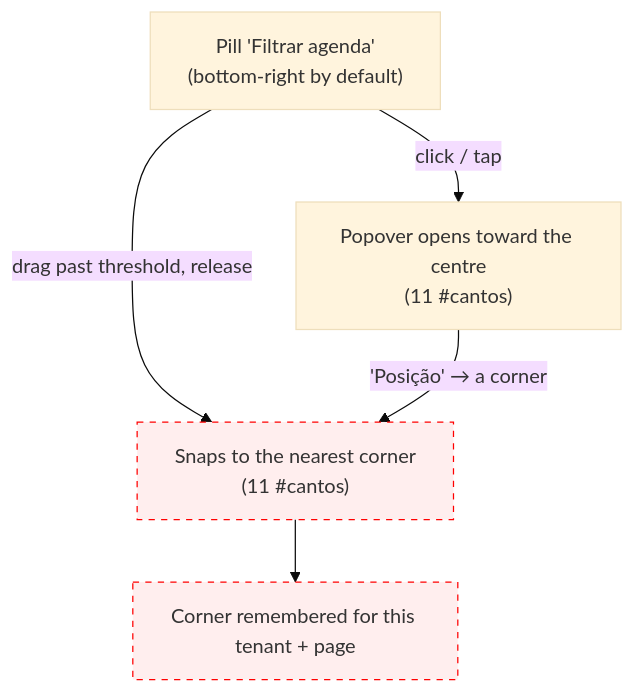
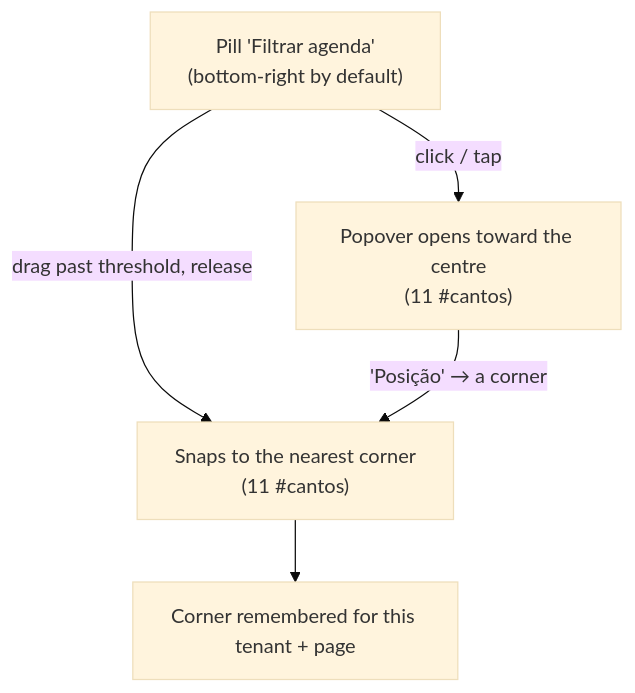
The sixth of 6 diagrams in plan/journey/staff/agenda.md (lmmoreira/ikaro), drawn with Mermaid (base theme) before and after one commit. The commit also changed other lines of this file and 32 other files, not shown here.

First line of the commit message:
feat(booking): movable floating filter dock with per-tenant, per-page corner (M23-S50) (#616)

````diff
--- a/plan/journey/staff/agenda.md
+++ b/plan/journey/staff/agenda.md
@@ -314,9 +314,9 @@
 ```mermaid
 flowchart TD
     classDef gap stroke:#f00,stroke-dasharray: 5 5,fill:#fee
 
     Pill["Pill 'Filtrar agenda'<br/>(bottom-right by default)"] -->|"click / tap"| Pop["Popover opens toward the centre<br/>(11 #cantos)"]
-    Pill -->|"drag past threshold, release"| Snap["Snaps to the nearest corner<br/>(11 #cantos)"]:::gap
+    Pill -->|"drag past threshold, release"| Snap["Snaps to the nearest corner<br/>(11 #cantos)"]
     Pop -->|"'Posição' → a corner"| Snap
-    Snap --> Saved["Corner remembered for this tenant + page"]:::gap
+    Snap --> Saved["Corner remembered for this tenant + page"]
 ```
````
